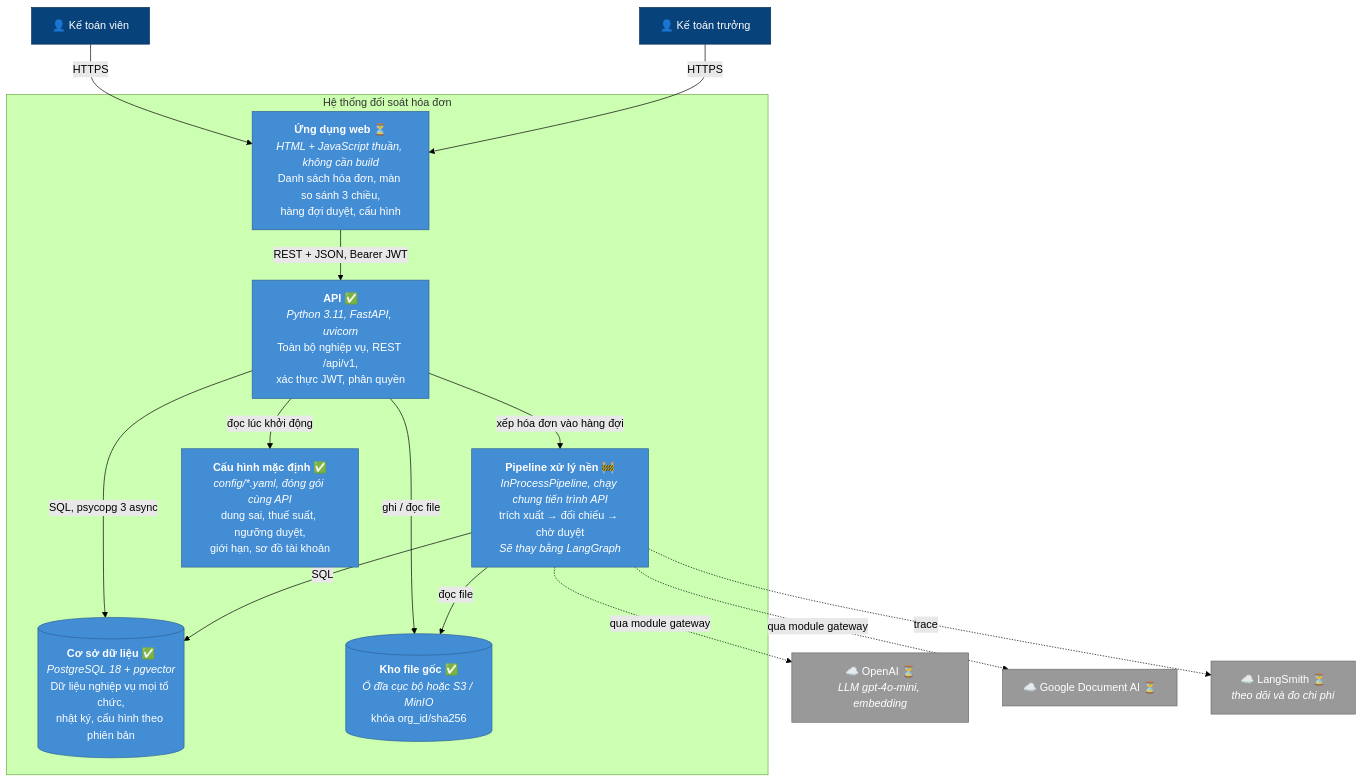
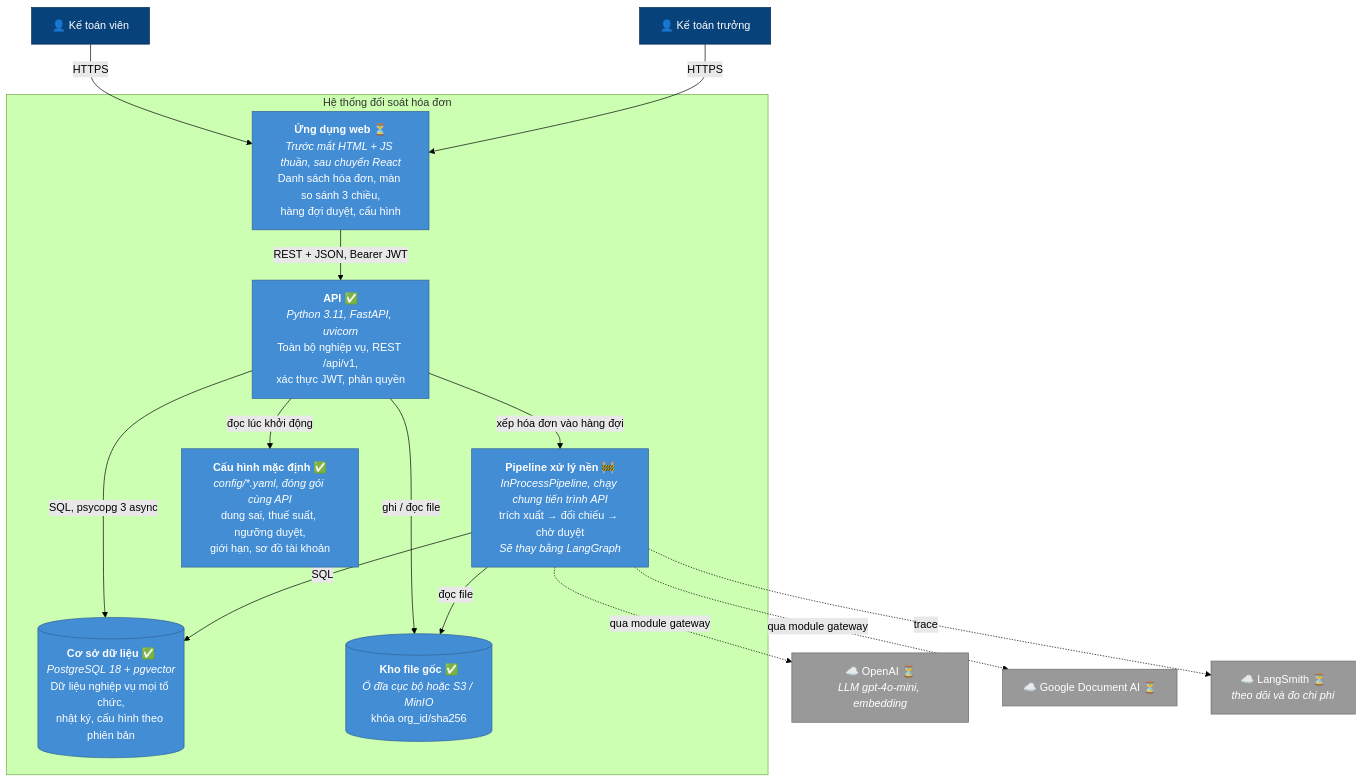
The second of 7 diagrams in docs/C4_DESIGN.md (kamitoznguyen-collab/Fantastic4-BuildPhase), drawn with Mermaid (forest theme) before and after one commit. The commit also changed other lines of this file and 4 other files, not shown here.

````diff
--- a/docs/C4_DESIGN.md
+++ b/docs/C4_DESIGN.md
@@ -67,36 +67,36 @@
 ```mermaid
 flowchart TB
     ktv["👤 Kế toán viên"]
     ktt["👤 Kế toán trưởng"]
 
     subgraph sys["Hệ thống đối soát hóa đơn"]
-        web["<b>Ứng dụng web</b> ⏳<br/><i>HTML + JavaScript thuần, không cần build</i><br/>Danh sách hóa đơn, màn so sánh 3 chiều,<br/>hàng đợi duyệt, cấu hình"]
+        web["<b>Ứng dụng web</b> ⏳<br/><i>Trước mắt HTML + JS thuần, sau chuyển React</i><br/>Danh sách hóa đơn, màn so sánh 3 chiều,<br/>hàng đợi duyệt, cấu hình"]
         api["<b>API</b> ✅<br/><i>Python 3.11, FastAPI, uvicorn</i><br/>Toàn bộ nghiệp vụ, REST /api/v1,<br/>xác thực JWT, phân quyền"]
         pipe["<b>Pipeline xử lý nền</b> 🚧<br/><i>InProcessPipeline, chạy chung tiến trình API</i><br/>trích xuất → đối chiếu → chờ duyệt<br/><i>Sẽ thay bằng LangGraph</i>"]
         db[("<b>Cơ sở dữ liệu</b> ✅<br/><i>PostgreSQL 18 + pgvector</i><br/>Dữ liệu nghiệp vụ mọi tổ chức,<br/>nhật ký, cấu hình theo phiên bản")]
         files[("<b>Kho file gốc</b> ✅<br/><i>Ổ đĩa cục bộ hoặc S3 / MinIO</i><br/>khóa org_id/sha256")]
         yaml["<b>Cấu hình mặc định</b> ✅<br/><i>config/*.yaml, đóng gói cùng API</i><br/>dung sai, thuế suất, ngưỡng duyệt,<br/>giới hạn, sơ đồ tài khoản"]
     end
 
     openai["☁️ OpenAI ⏳<br/><i>LLM gpt-4o-mini, embedding</i>"]
     docai["☁️ Google Document AI ⏳"]
     langsmith["☁️ LangSmith ⏳<br/><i>theo dõi và đo chi phí</i>"]
 
     ktv & ktt -- "HTTPS" --> web
     web -- "REST + JSON, Bearer JWT" --> api
     api -- "xếp hóa đơn vào hàng đợi" --> pipe
     api -- "SQL, psycopg 3 async" --> db
     pipe -- "SQL" --> db
     api -- "ghi / đọc file" --> files
     pipe -- "đọc file" --> files
     api -- "đọc lúc khởi động" --> yaml
     pipe -. "qua module gateway" .-> openai & docai
     pipe -. "trace" .-> langsmith
 
     classDef person fill:#08427b,color:#fff,stroke:#052e56
     classDef container fill:#438dd5,color:#fff,stroke:#2e6295
     classDef external fill:#999,color:#fff,stroke:#6b6b6b
     class ktv,ktt person
     class web,api,pipe,db,files,yaml container
     class openai,docai,langsmith external
 ```
````
